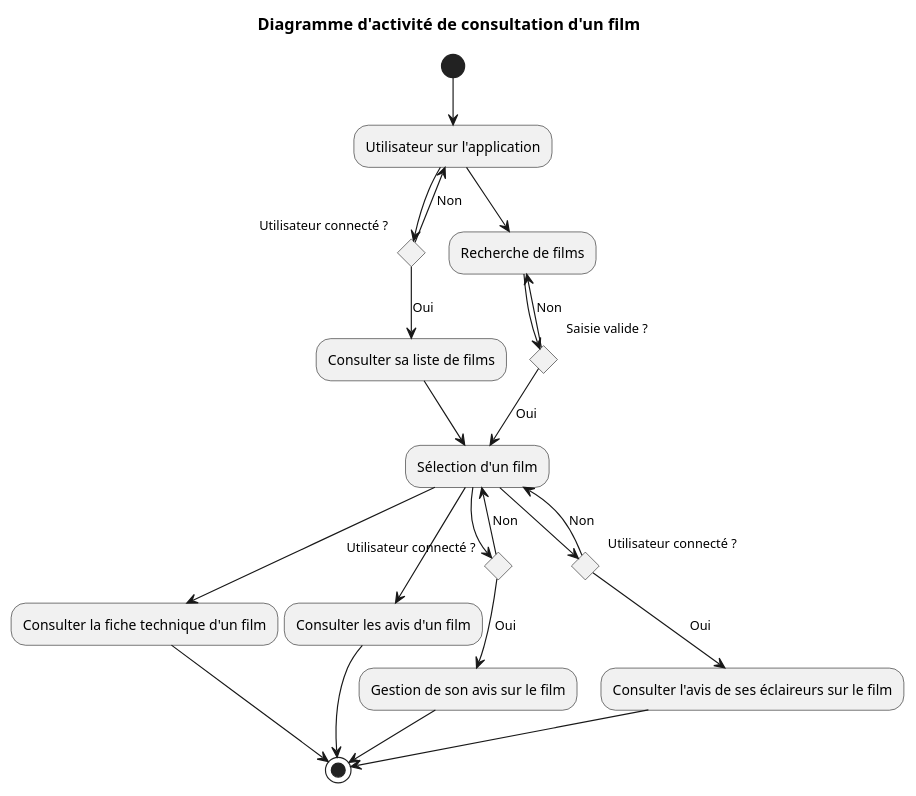
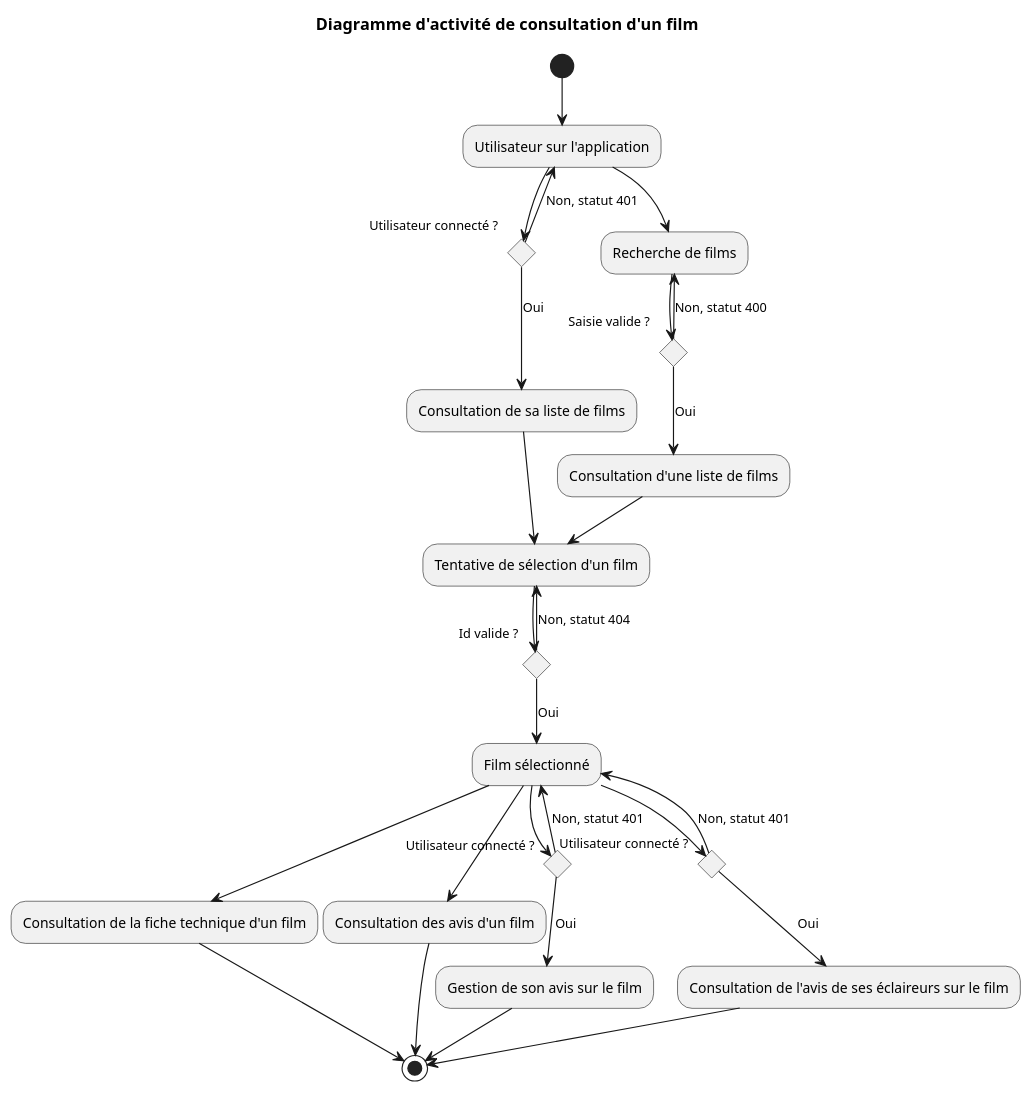
The diagram in doc/Diagrammes d'activité/RechercheFilms.puml (id2380/Projet2A_Template), drawn with PlantUML before and after one commit. The commit also changed 4 other files, not shown here.

Commit message:
Modification des diagrammes d'activité'

```diff
--- a/doc/Diagrammes d'activité/RechercheFilms.puml
+++ b/doc/Diagrammes d'activité/RechercheFilms.puml
@@ -1,43 +1,50 @@
 @startuml Diagramme d'activité de consultation d'un film
 title Diagramme d'activité de consultation d'un film
 
 (*) -down-> "Utilisateur sur l'application"
 
 "Utilisateur sur l'application" -right-> if "Utilisateur connecté ?" then
-  -->[Oui] "Consulter sa liste de films"
+  -->[Oui] "Consultation de sa liste de films"
 else
-  -->[Non] "Utilisateur sur l'application"
+  -->[Non, statut 401] "Utilisateur sur l'application"
 endif
 
 "Utilisateur sur l'application" -down-> "Recherche de films"
 
 "Recherche de films" --> if "Saisie valide ?" then
-  -->[Oui] "Sélection d'un film"
+  -->[Oui] "Consultation d'une liste de films"
 else
-  -->[Non] "Recherche de films"
+  -->[Non, statut 400] "Recherche de films"
 endif
 
-"Consulter sa liste de films" --> "Sélection d'un film"
+"Consultation de sa liste de films" --> "Tentative de sélection d'un film"
+"Consultation d'une liste de films" --> "Tentative de sélection d'un film"
 
-"Sélection d'un film" --> "Consulter la fiche technique d'un film"
-"Consulter la fiche technique d'un film" -->(*)
+"Tentative de sélection d'un film" --> if "Id valide ?" then
+  -->[Oui] "Film sélectionné"
+else
+  -->[Non, statut 404] "Tentative de sélection d'un film"
+endif
 
-"Sélection d'un film" --> "Consulter les avis d'un film"
-"Consulter les avis d'un film" -->(*)
+"Film sélectionné" --> "Consultation de la fiche technique d'un film"
+"Consultation de la fiche technique d'un film" -->(*)
 
-"Sélection d'un film" --> if "Utilisateur connecté ?" then
+"Film sélectionné" --> "Consultation des avis d'un film"
+"Consultation des avis d'un film" -->(*)
+
+"Film sélectionné" --> if "Utilisateur connecté ?" then
   -->[Oui] "Gestion de son avis sur le film"
 else
-  -->[Non] "Sélection d'un film"
+  -->[Non, statut 401] "Film sélectionné"
 endif
 
-"Sélection d'un film" --> if "Utilisateur connecté ?" then
-  -->[Oui] "Consulter l'avis de ses éclaireurs sur le film"
+"Film sélectionné" --> if "Utilisateur connecté ?" then
+  -->[Oui] "Consultation de l'avis de ses éclaireurs sur le film"
 else
-  -->[Non] "Sélection d'un film"
+  -->[Non, statut 401] "Film sélectionné"
 endif
 
 "Gestion de son avis sur le film" -->(*)
-"Consulter l'avis de ses éclaireurs sur le film" -->(*)
+"Consultation de l'avis de ses éclaireurs sur le film" -->(*)
 
 @enduml
```
